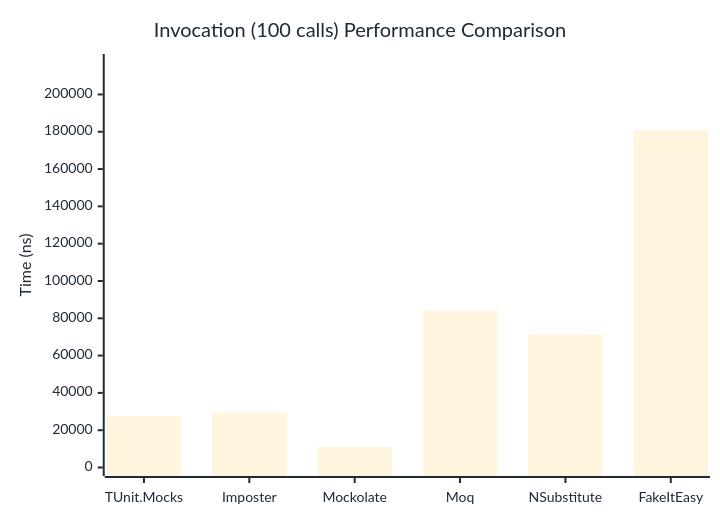
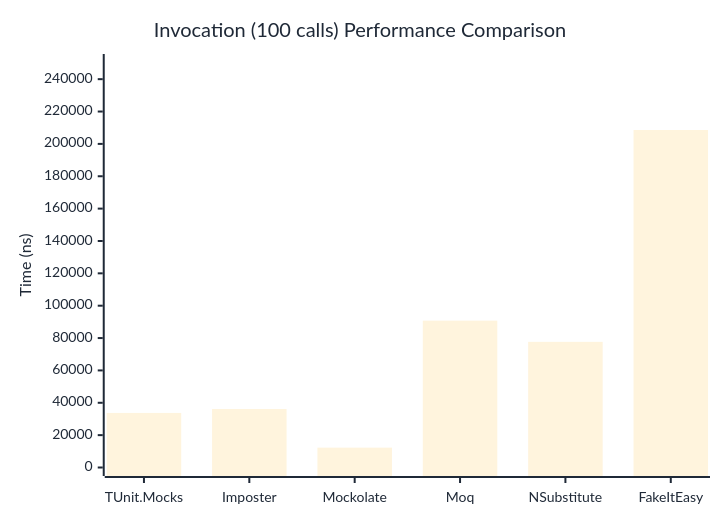
The third of 3 diagrams in docs/docs/benchmarks/mocks/Invocation.md (thomhurst/TUnit), drawn with Mermaid before and after one commit. The commit also changed other lines of this file and 14 other files, not shown here.

````diff
--- a/docs/docs/benchmarks/mocks/Invocation.md
+++ b/docs/docs/benchmarks/mocks/Invocation.md
@@ -112,27 +112,27 @@
 ```mermaid
 %%{init: {
   'theme':'base',
   'themeVariables': {
     'primaryColor': '#2563eb',
     'primaryTextColor': '#1f2937',
     'primaryBorderColor': '#1e40af',
     'lineColor': '#6b7280',
     'secondaryColor': '#7c3aed',
     'tertiaryColor': '#dc2626',
     'background': '#ffffff',
     'pie1': '#2563eb',
     'pie2': '#7c3aed',
     'pie3': '#dc2626',
     'pie4': '#f59e0b',
     'pie5': '#10b981',
     'pie6': '#06b6d4',
     'pie7': '#ec4899',
     'pie8': '#6366f1'
   }
 }}%%
 xychart-beta
   title "Invocation (100 calls) Performance Comparison"
   x-axis ["TUnit.Mocks", "Imposter", "Mockolate", "Moq", "NSubstitute", "FakeItEasy"]
-  y-axis "Time (ns)" 0 --> 217134
-  bar [27414.73, 29509.99, 10866.83, 84203.67, 71268.34, 180944.79]
+  y-axis "Time (ns)" 0 --> 250302
+  bar [33720.3, 36141.9, 12277.7, 90762.2, 77662.3, 208584.9]
 ```
````
